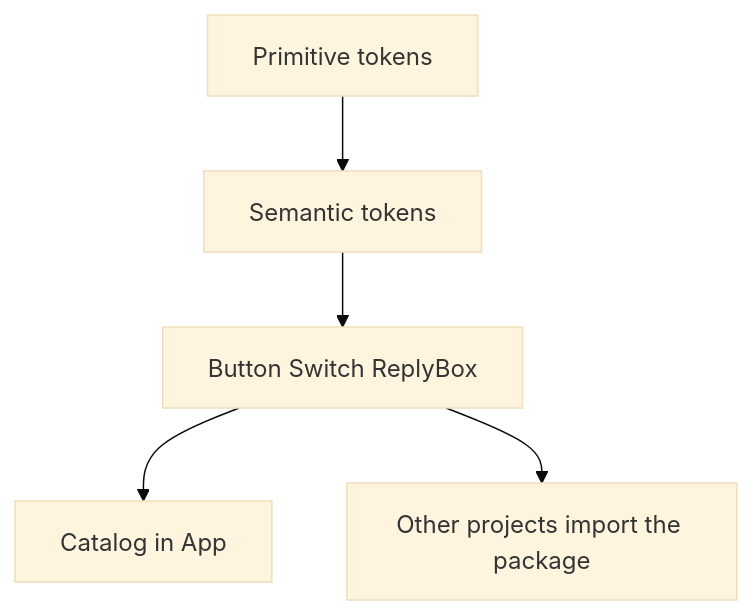
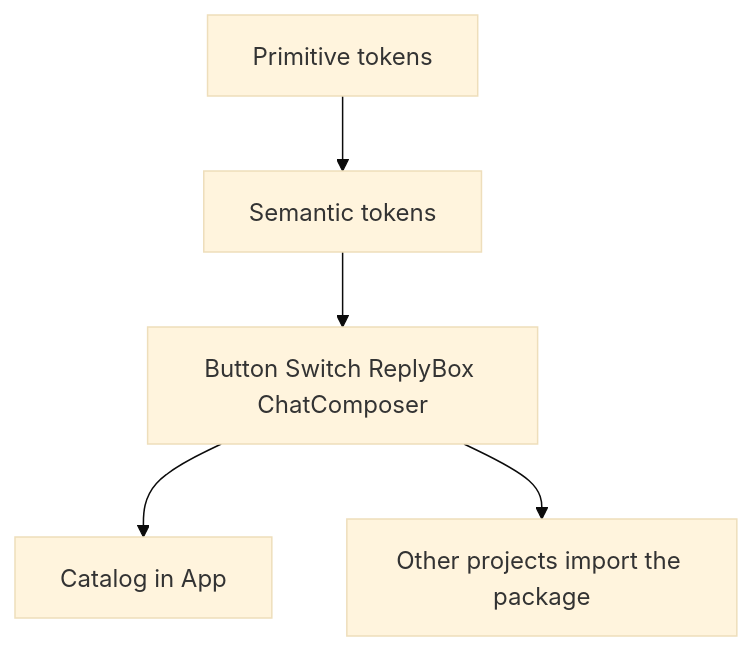
Before and after one commit to rtao7/ray-design-system: the diagram in README.md, drawn with Mermaid (base theme). The commit also changed other lines of this file and 7 other files, not shown here.

First line of the commit message:
Add a ChatComposer for multi-line messages (#3)

````diff
--- a/README.md
+++ b/README.md
@@ -19,12 +19,12 @@
 ```mermaid
 flowchart TD
   primitive[Primitive tokens]
   semantic[Semantic tokens]
-  components[Button Switch ReplyBox]
+  components[Button Switch ReplyBox ChatComposer]
   catalog[Catalog in App]
   later[Other projects import the package]
   primitive --> semantic
   semantic --> components
   components --> catalog
   components --> later
 ```
````
